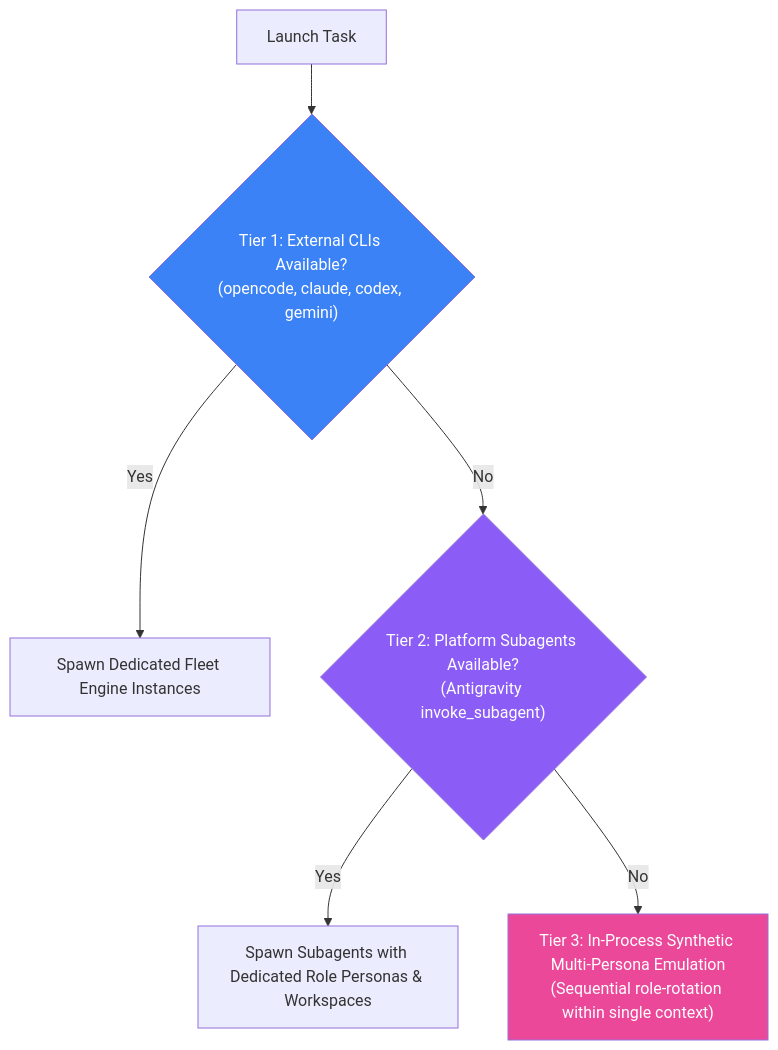
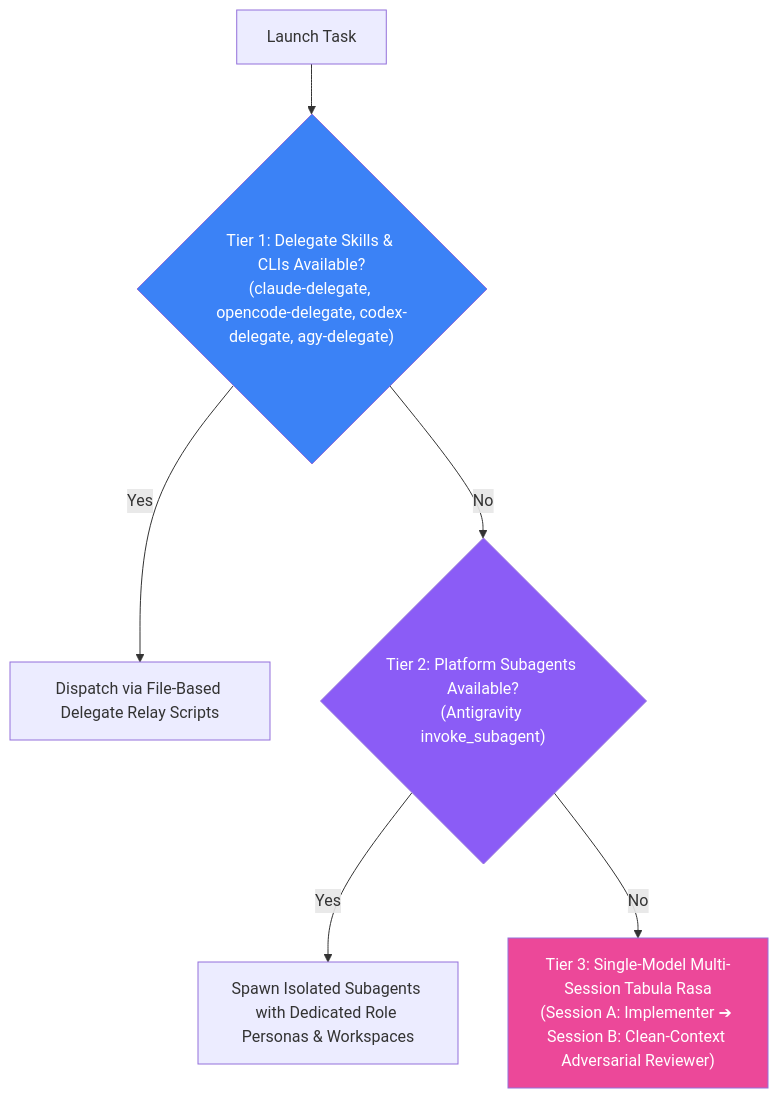
One commit to sherifrad/multi-agent-collaborative-audit changed the fourth of 4 diagrams in README.md. Above: the diagram before and after it, drawn with Mermaid. The commit also changed 2 other files, not shown here.

Commit message:
feat(delegate): wire delegate-skills relays, single-model session isolation & default activation
- Explicitly integrate claude-delegate, opencode-delegate, codex-delegate, and agy-delegate into Tier 1
- Define Tier 3 Single-Model Multi-Session Tabula Rasa isolation when external models are absent
- Update bootstrap.sh to scan for delegate skills and diagnostic plugins without leaking user paths
- Update SKILL.md description to act as the default engineering orchestrator

X-AI-Lane: Core-Logic

````diff
--- a/README.md
+++ b/README.md
@@ -171,12 +171,12 @@
 ```mermaid
 flowchart TD
-    Start["Launch Task"] --> T1{"Tier 1: External CLIs Available?<br/>(opencode, claude, codex, gemini)"}
-    T1 -- Yes --> E1["Spawn Dedicated Fleet Engine Instances"]
+    Start["Launch Task"] --> T1{"Tier 1: Delegate Skills & CLIs Available?<br/>(claude-delegate, opencode-delegate, codex-delegate, agy-delegate)"}
+    T1 -- Yes --> E1["Dispatch via File-Based Delegate Relay Scripts"]
     T1 -- No --> T2{"Tier 2: Platform Subagents Available?<br/>(Antigravity invoke_subagent)"}
-    T2 -- Yes --> E2["Spawn Subagents with Dedicated Role Personas & Workspaces"]
-    T2 -- No --> T3["Tier 3: In-Process Synthetic Multi-Persona Emulation<br/>(Sequential role-rotation within single context)"]
+    T2 -- Yes --> E2["Spawn Isolated Subagents with Dedicated Role Personas & Workspaces"]
+    T2 -- No --> T3["Tier 3: Single-Model Multi-Session Tabula Rasa<br/>(Session A: Implementer ➔ Session B: Clean-Context Adversarial Reviewer)"]
 
     style T1 fill:#3b82f6,color:#fff
     style T2 fill:#8b5cf6,color:#fff
     style T3 fill:#ec4899,color:#fff
 ```
````
